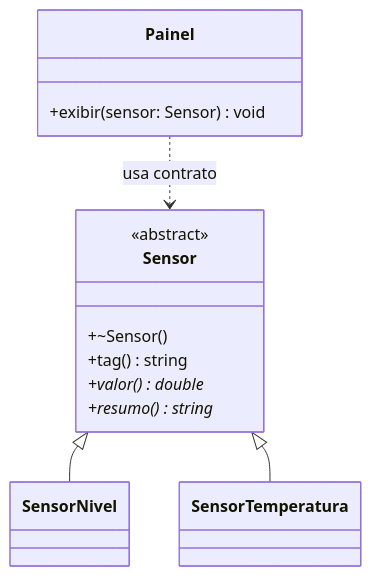
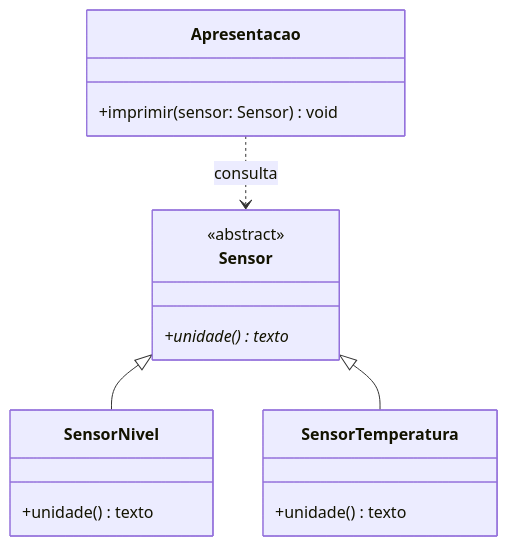
One commit to rafaelrezo/curso-poo changed the first of 2 diagrams in docs/fundamentos_poo_cpp_python/07_polimorfismo/index.md. Above: the diagram before and after it, drawn with Mermaid. The commit also changed other lines of this file and 56 other files, not shown here.

````diff
--- a/docs/fundamentos_poo_cpp_python/07_polimorfismo/index.md
+++ b/docs/fundamentos_poo_cpp_python/07_polimorfismo/index.md
@@ -49,18 +331,19 @@
 ```mermaid
 classDiagram
     class Sensor {
         <<abstract>>
-        +~Sensor()
-        +tag() string
-        +valor() double*
-        +resumo() string*
+        +unidade()* texto
     }
-    class SensorNivel
-    class SensorTemperatura
-    class Painel {
-        +exibir(sensor: Sensor) void
+    class SensorNivel {
+        +unidade() texto
+    }
+    class SensorTemperatura {
+        +unidade() texto
+    }
+    class Apresentacao {
+        +imprimir(sensor: Sensor) void
     }
     Sensor <|-- SensorNivel
     Sensor <|-- SensorTemperatura
-    Painel ..> Sensor : usa contrato
+    Apresentacao ..> Sensor : consulta
 ```
````
